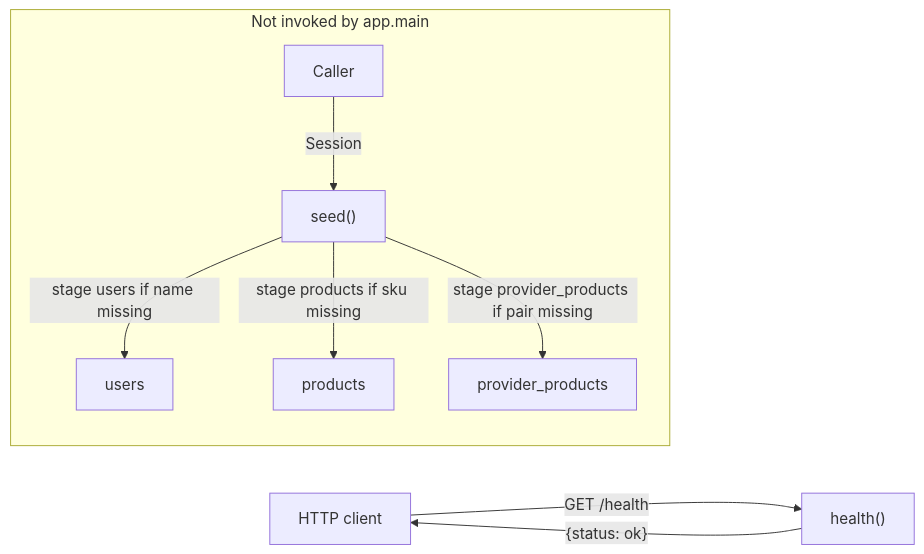
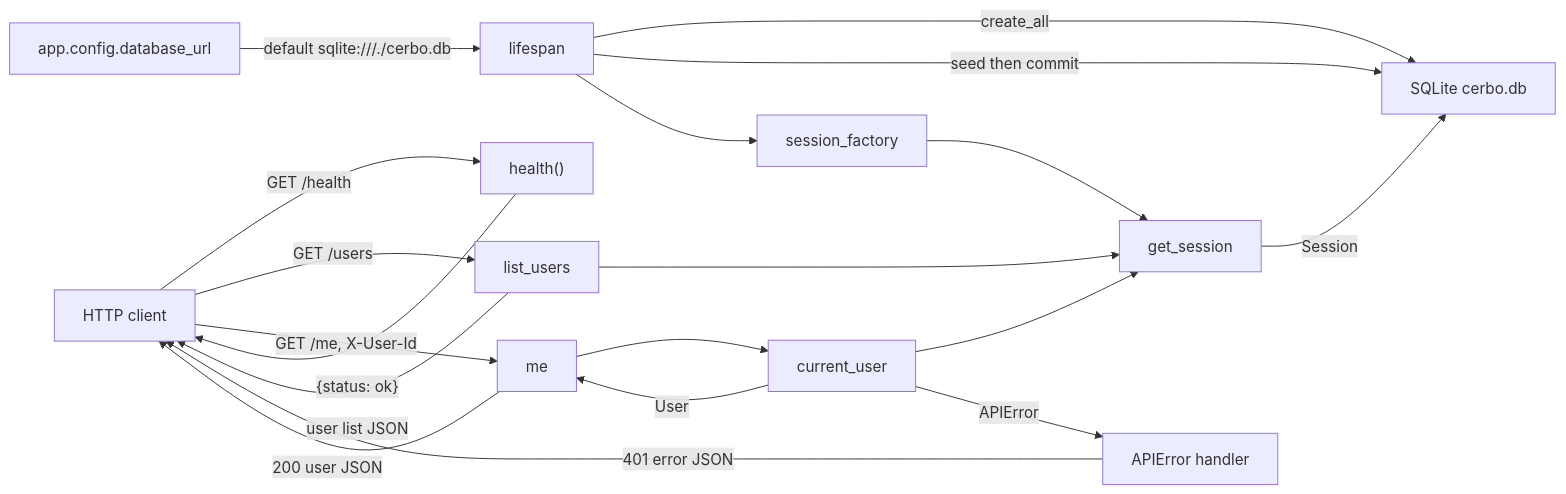
Before and after one commit to drtclem/cerbo_wk1: the diagram in docs/diagrams/data-flow.md, drawn with Mermaid. The commit also changed other lines of this file and 13 other files, not shown here.

````diff
--- a/docs/diagrams/data-flow.md
+++ b/docs/diagrams/data-flow.md
@@ -7,12 +7,24 @@
 ```mermaid
 flowchart LR
+  configUrl["app.config.database_url"] -->|"default sqlite:///./cerbo.db"| lifespan["lifespan"]
+  lifespan -->|"create_all"| sqliteFile["SQLite cerbo.db"]
+  lifespan -->|"seed then commit"| sqliteFile
+  lifespan --> sessionFactory["session_factory"]
+  sessionFactory --> getSession["get_session"]
+  getSession -->|"Session"| sqliteFile
+
   httpClient["HTTP client"] -->|"GET /health"| healthFn["health()"]
   healthFn -->|"{status: ok}"| httpClient
 
-  subgraph seedPath ["Not invoked by app.main"]
-    caller["Caller"] -->|"Session"| seedFn["seed()"]
-    seedFn -->|"stage users if name missing"| usersTbl["users"]
-    seedFn -->|"stage products if sku missing"| productsTbl["products"]
-    seedFn -->|"stage provider_products if pair missing"| providerProductsTbl["provider_products"]
-  end
+  httpClient -->|"GET /users"| listUsers["list_users"]
+  listUsers --> getSession
+  listUsers -->|"user list JSON"| httpClient
+
+  httpClient -->|"GET /me, X-User-Id"| meRoute["me"]
+  meRoute --> currentUser["current_user"]
+  currentUser --> getSession
+  currentUser -->|"User"| meRoute
+  meRoute -->|"200 user JSON"| httpClient
+  currentUser -->|"APIError"| apiError["APIError handler"]
+  apiError -->|"401 error JSON"| httpClient
 ```
````
